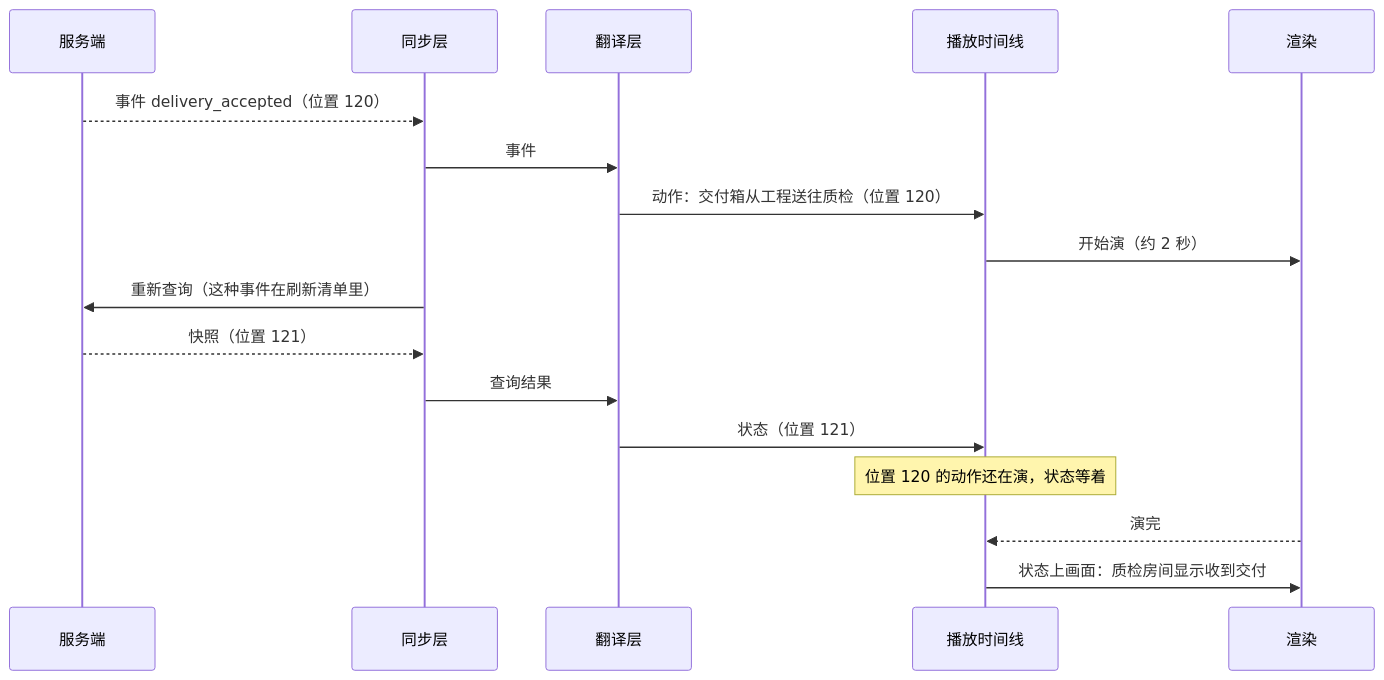
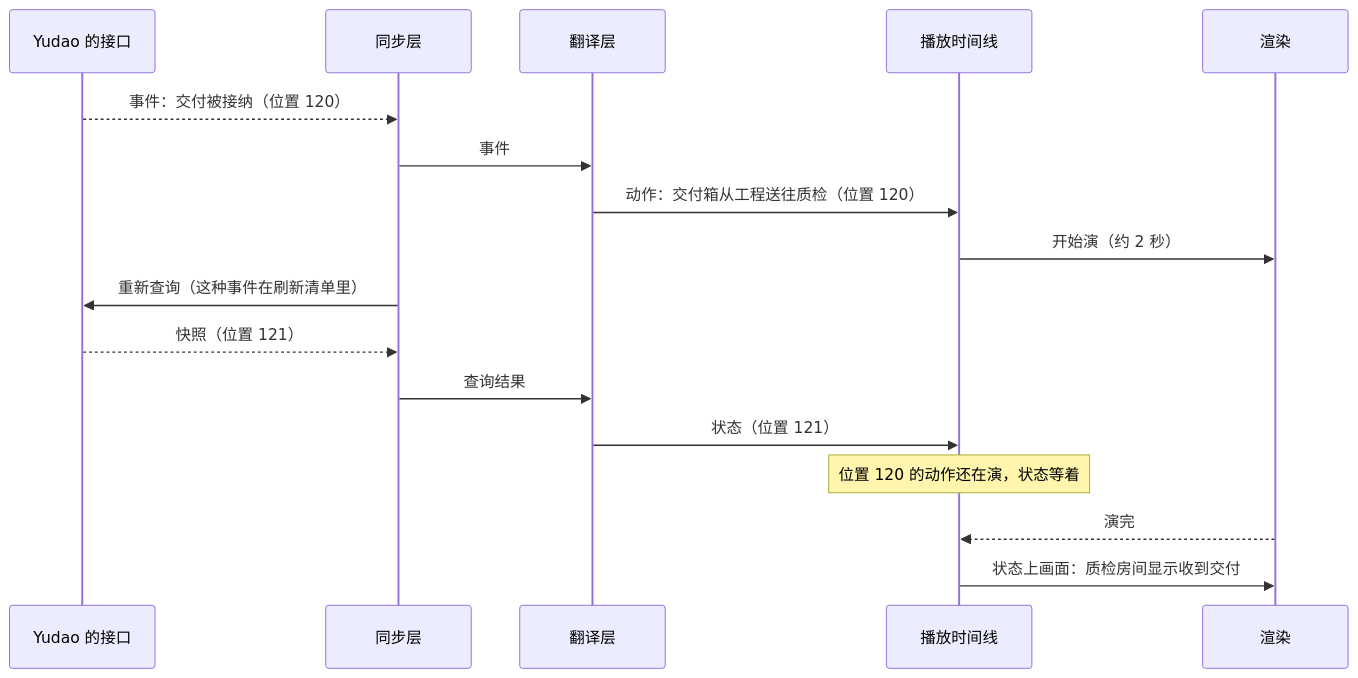
One commit to bender2333/yudao changed the fourth of 4 diagrams in docs/design/visualization.md. Above: the diagram before and after it, drawn with Mermaid. The commit also changed other lines of this file and 4 other files, not shown here.

````diff
--- a/docs/design/visualization.md
+++ b/docs/design/visualization.md
@@ -184,19 +219,19 @@
 ```mermaid
 sequenceDiagram
-  participant S as 服务端
+  participant S as Yudao 的接口
   participant Y as 同步层
   participant T as 翻译层
   participant L as 播放时间线
   participant R as 渲染
-  S-->>Y: 事件 delivery_accepted（位置 120）
+  S-->>Y: 事件：交付被接纳（位置 120）
   Y->>T: 事件
   T->>L: 动作：交付箱从工程送往质检（位置 120）
   L->>R: 开始演（约 2 秒）
   Y->>S: 重新查询（这种事件在刷新清单里）
   S-->>Y: 快照（位置 121）
   Y->>T: 查询结果
   T->>L: 状态（位置 121）
   Note over L: 位置 120 的动作还在演，状态等着
   R-->>L: 演完
   L->>R: 状态上画面：质检房间显示收到交付
 ```
````
